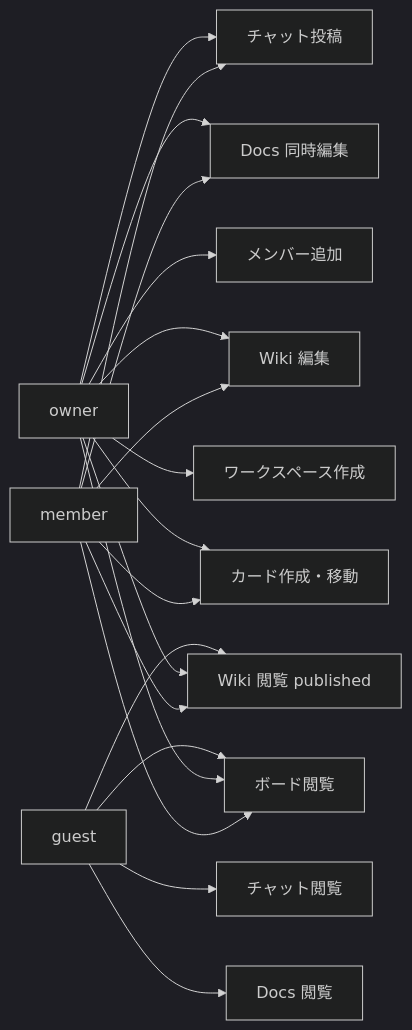
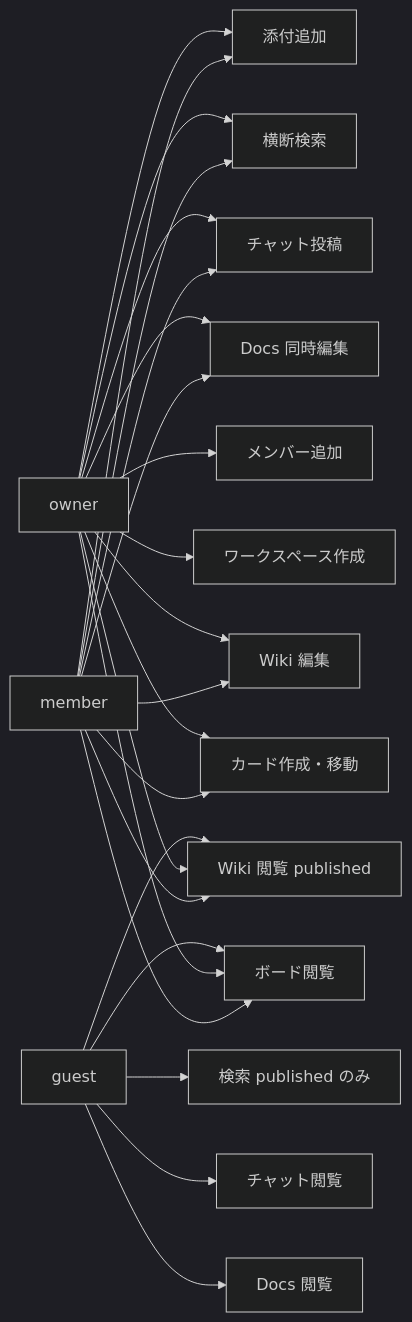
Before and after one commit to maeplego/portfolio-plan: the first of 9 diagrams in portfolio-plan/workspace/docs/06-diagrams.md, drawn with Mermaid (dark theme). The commit also changed other lines of this file and 7 other files, not shown here.

````diff
--- a/portfolio-plan/workspace/docs/06-diagrams.md
+++ b/portfolio-plan/workspace/docs/06-diagrams.md
@@ -12,25 +12,30 @@
 ```mermaid
 flowchart LR
   owner[owner]
   member[member]
   guest[guest]
 
   owner --> createWs[ワークスペース作成]
   owner --> addMember[メンバー追加]
   owner --> editBoard[カード作成・移動]
   member --> editBoard
   guest --> readBoard[ボード閲覧]
   owner --> readBoard
   member --> readBoard
   owner --> editWiki[Wiki 編集]
   member --> editWiki
   guest --> readWiki[Wiki 閲覧 published]
   owner --> readWiki
   member --> readWiki
   owner --> editDoc[Docs 同時編集]
   member --> editDoc
   guest --> readDoc[Docs 閲覧]
   owner --> chat[チャット投稿]
   member --> chat
   guest --> readChat[チャット閲覧]
+  owner --> search[横断検索]
+  member --> search
+  guest --> searchGuest[検索 published のみ]
+  owner --> attach[添付追加]
+  member --> attach
 ```
````
